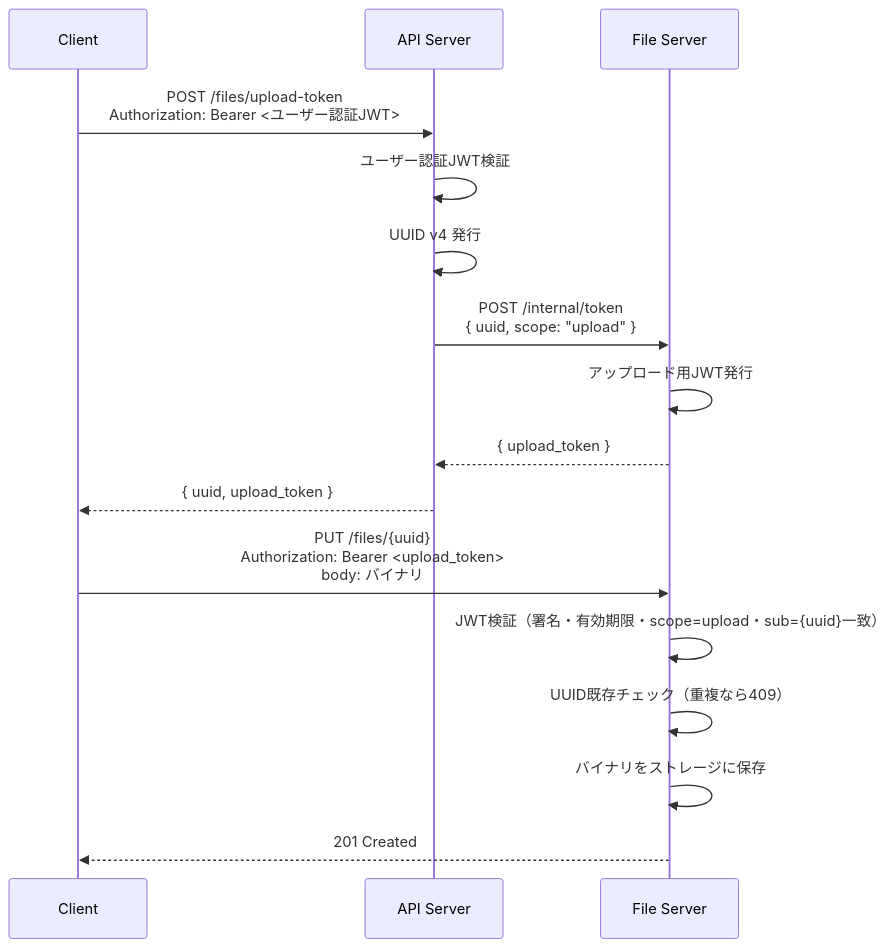
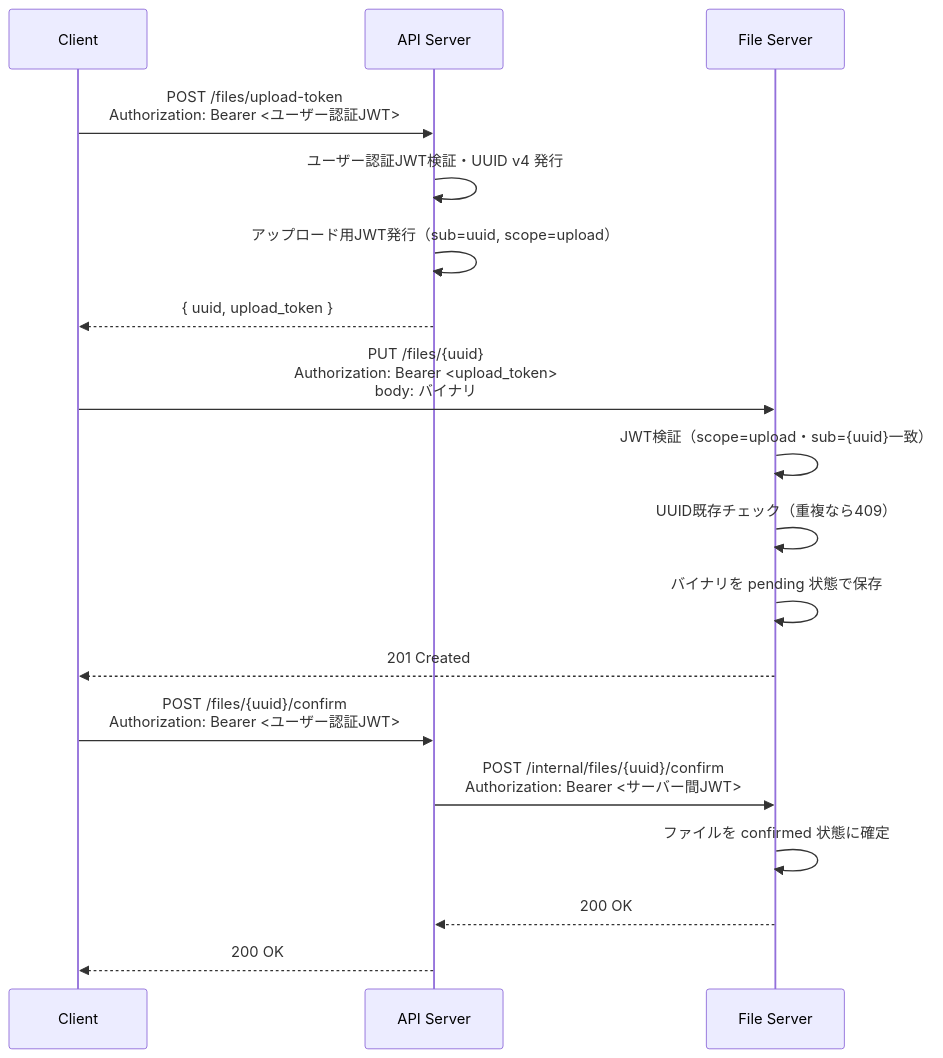
The second of 5 diagrams in docs/spec.md (kigawa01/kaft), drawn with Mermaid before and after one commit. The commit also changed other lines of this file, not shown here.

````diff
--- a/docs/spec.md
+++ b/docs/spec.md
@@ -115,20 +122,23 @@
 ```mermaid
 sequenceDiagram
     participant C as Client
     participant A as API Server
     participant F as File Server
 
     C->>A: POST /files/upload-token<br/>Authorization: Bearer <ユーザー認証JWT>
-    A->>A: ユーザー認証JWT検証
-    A->>A: UUID v4 発行
-    A->>F: POST /internal/token<br/>{ uuid, scope: "upload" }
-    F->>F: アップロード用JWT発行
-    F-->>A: { upload_token }
+    A->>A: ユーザー認証JWT検証・UUID v4 発行
+    A->>A: アップロード用JWT発行（sub=uuid, scope=upload）
     A-->>C: { uuid, upload_token }
 
     C->>F: PUT /files/{uuid}<br/>Authorization: Bearer <upload_token><br/>body: バイナリ
-    F->>F: JWT検証（署名・有効期限・scope=upload・sub={uuid}一致）
+    F->>F: JWT検証（scope=upload・sub={uuid}一致）
     F->>F: UUID既存チェック（重複なら409）
-    F->>F: バイナリをストレージに保存
+    F->>F: バイナリを pending 状態で保存
     F-->>C: 201 Created
+
+    C->>A: POST /files/{uuid}/confirm<br/>Authorization: Bearer <ユーザー認証JWT>
+    A->>F: POST /internal/files/{uuid}/confirm<br/>Authorization: Bearer <サーバー間JWT>
+    F->>F: ファイルを confirmed 状態に確定
+    F-->>A: 200 OK
+    A-->>C: 200 OK
 ```
````
